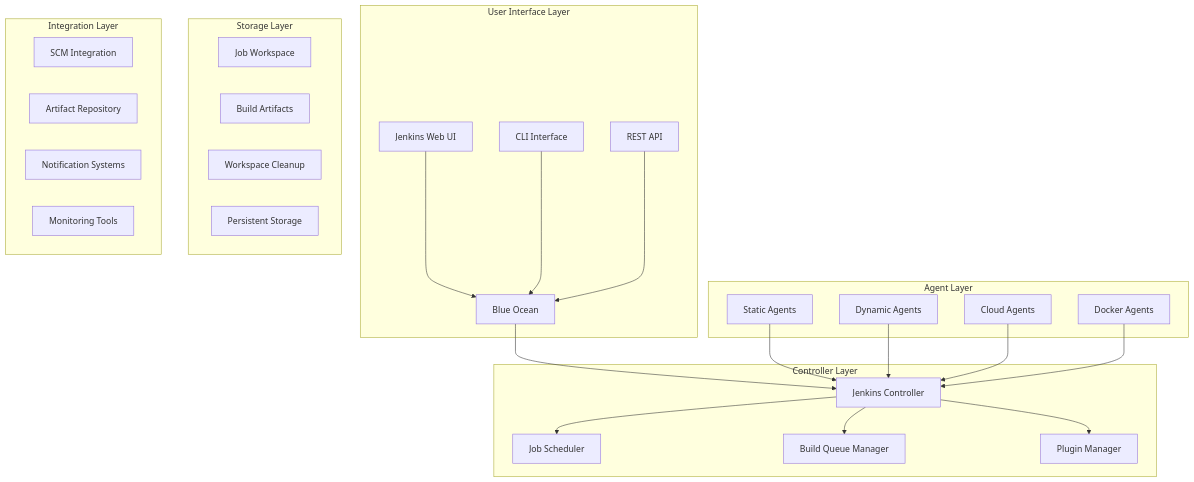
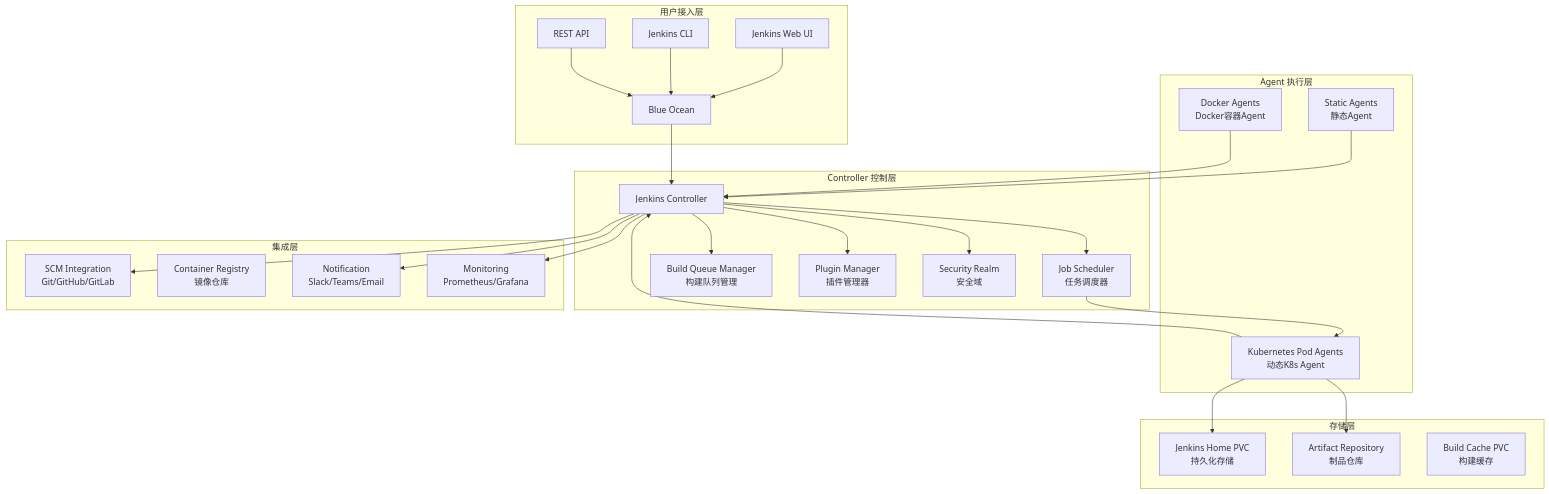
One commit to kudig-io/kudig-database changed the first of 2 diagrams in domain-23-gitops-ci-cd/02-jenkins-enterprise-cicd.md. Above: the diagram before and after it, drawn with Mermaid. The commit also changed other lines of this file and 8633 other files, not shown here.

````diff
--- a/domain-23-gitops-ci-cd/02-jenkins-enterprise-cicd.md
+++ b/domain-23-gitops-ci-cd/02-jenkins-enterprise-cicd.md
@@ -14,36 +82,42 @@
 ```mermaid
 graph TB
-    subgraph "User Interface Layer"
+    subgraph "用户接入层"
         A[Jenkins Web UI] --> B[Blue Ocean]
-        C[CLI Interface] --> B
+        C[Jenkins CLI] --> B
         D[REST API] --> B
     end
-    
-    subgraph "Controller Layer"
+
+    subgraph "Controller 控制层"
         B --> E[Jenkins Controller]
-        E --> F[Job Scheduler]
-        E --> G[Build Queue Manager]
-        E --> H[Plugin Manager]
+        E --> F[Job Scheduler<br/>任务调度器]
+        E --> G[Build Queue Manager<br/>构建队列管理]
+        E --> H[Plugin Manager<br/>插件管理器]
+        E --> I[Security Realm<br/>安全域]
     end
-    
-    subgraph "Agent Layer"
-        I[Static Agents] --> E
-        J[Dynamic Agents] --> E
-        K[Cloud Agents] --> E
-        L[Docker Agents] --> E
+
+    subgraph "Agent 执行层"
+        J[Static Agents<br/>静态Agent] --> E
+        K[Kubernetes Pod Agents<br/>动态K8s Agent] --> E
+        L[Docker Agents<br/>Docker容器Agent] --> E
     end
-    
-    subgraph "Storage Layer"
-        M[Job Workspace]
-        N[Build Artifacts]
-        O[Workspace Cleanup]
-        P[Persistent Storage]
+
+    subgraph "存储层"
+        M[Jenkins Home PVC<br/>持久化存储]
+        N[Artifact Repository<br/>制品仓库]
+        O[Build Cache PVC<br/>构建缓存]
     end
-    
-    subgraph "Integration Layer"
-        Q[SCM Integration]
-        R[Artifact Repository]
-        S[Notification Systems]
-        T[Monitoring Tools]
+
+    subgraph "集成层"
+        P[SCM Integration<br/>Git/GitHub/GitLab]
+        Q[Container Registry<br/>镜像仓库]
+        R[Notification<br/>Slack/Teams/Email]
+        S[Monitoring<br/>Prometheus/Grafana]
     end
+
+    F --> K
+    K --> M
+    K --> N
+    E --> P
+    E --> R
+    E --> S
 ```
````
